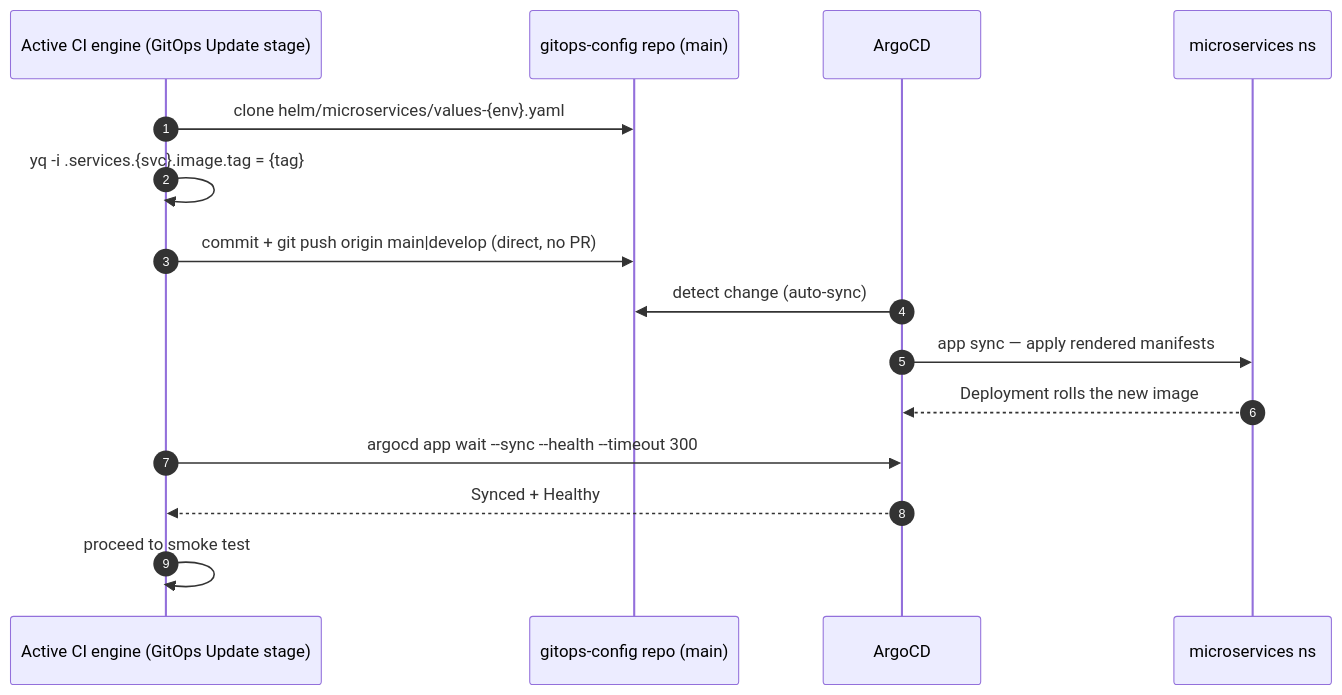
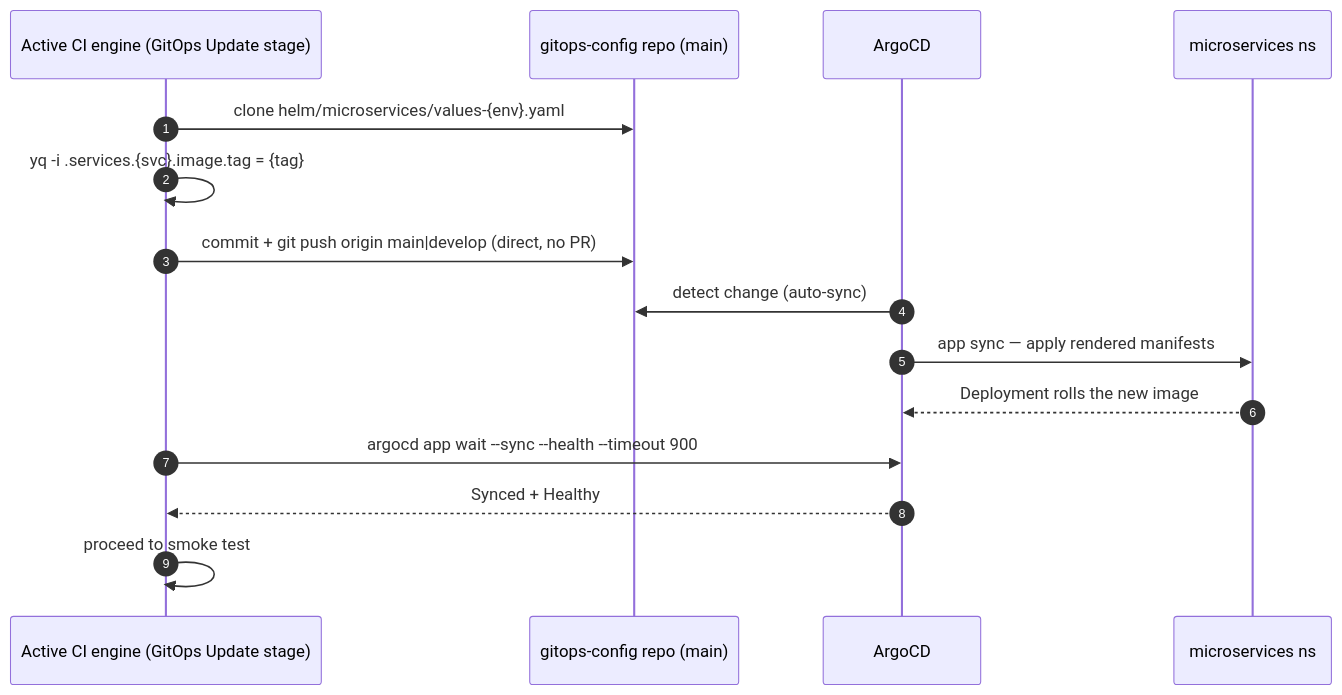
The third of 5 diagrams in docs/502-MICROSERVICES_GITOPS.md (nubenetes/jenkins-2026), drawn with Mermaid before and after one commit. The commit also changed other lines of this file and 14 other files, not shown here.

````diff
--- a/docs/502-MICROSERVICES_GITOPS.md
+++ b/docs/502-MICROSERVICES_GITOPS.md
@@ -174,17 +174,17 @@
 ```mermaid
 sequenceDiagram
   autonumber
   participant J as Active CI engine (GitOps Update stage)
   participant GO as gitops-config repo (main)
   participant AC as ArgoCD
   participant MS as microservices ns
   J->>GO: clone helm/microservices/values-{env}.yaml
   J->>J: yq -i .services.{svc}.image.tag = {tag}
   J->>GO: commit + git push origin main|develop (direct, no PR)
   AC->>GO: detect change (auto-sync)
   AC->>MS: app sync — apply rendered manifests
   MS-->>AC: Deployment rolls the new image
-  J->>AC: argocd app wait --sync --health --timeout 300
+  J->>AC: argocd app wait --sync --health --timeout 900
   AC-->>J: Synced + Healthy
   J->>J: proceed to smoke test
 ```
````
